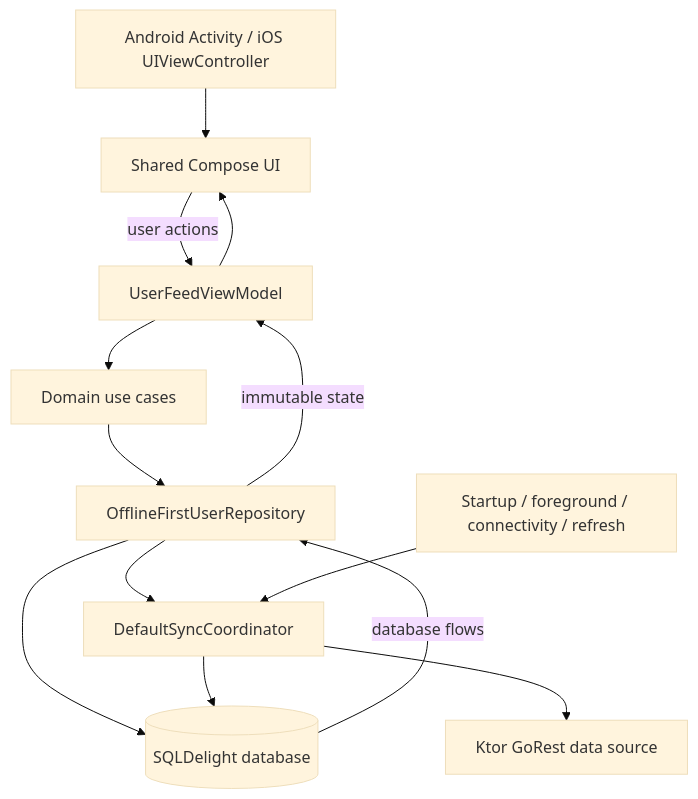
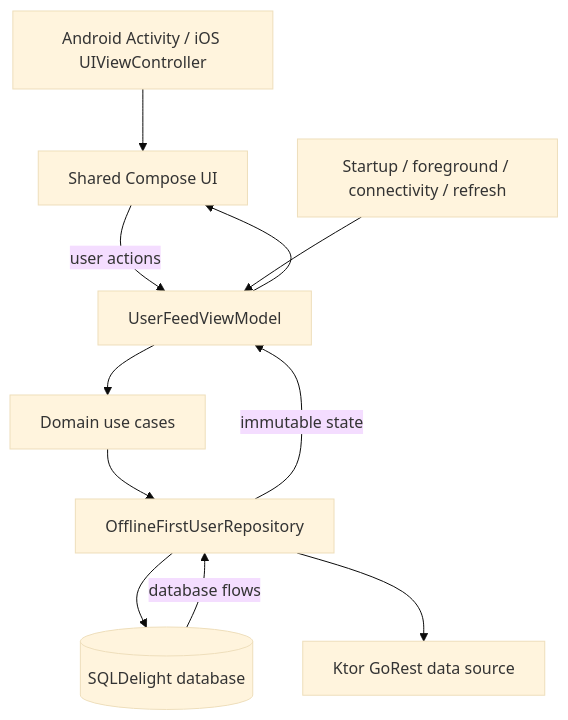
The diagram in README.md (yuenkl/Bill-User-Management-System), drawn with Mermaid (base theme) before and after one commit. The commit also changed other lines of this file and 33 other files, not shown here.

Commit message:
refactor: simplify repository data flow

````diff
--- a/README.md
+++ b/README.md
@@ -20,15 +20,13 @@
 ```mermaid
 flowchart TD
     A[Android Activity / iOS UIViewController] --> B[Shared Compose UI]
     B -->|user actions| C[UserFeedViewModel]
     C --> D[Domain use cases]
     D --> E[OfflineFirstUserRepository]
     E --> F[(SQLDelight database)]
-    E --> G[DefaultSyncCoordinator]
-    G --> F
-    G --> H[Ktor GoRest data source]
-    I[Startup / foreground / connectivity / refresh] --> G
+    E --> G[Ktor GoRest data source]
+    I[Startup / foreground / connectivity / refresh] --> C
     F -->|database flows| E
     E -->|immutable state| C
     C --> B
 ```
````
